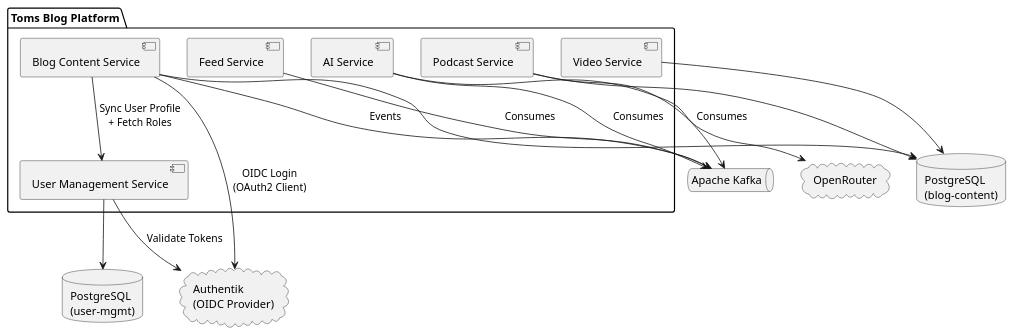
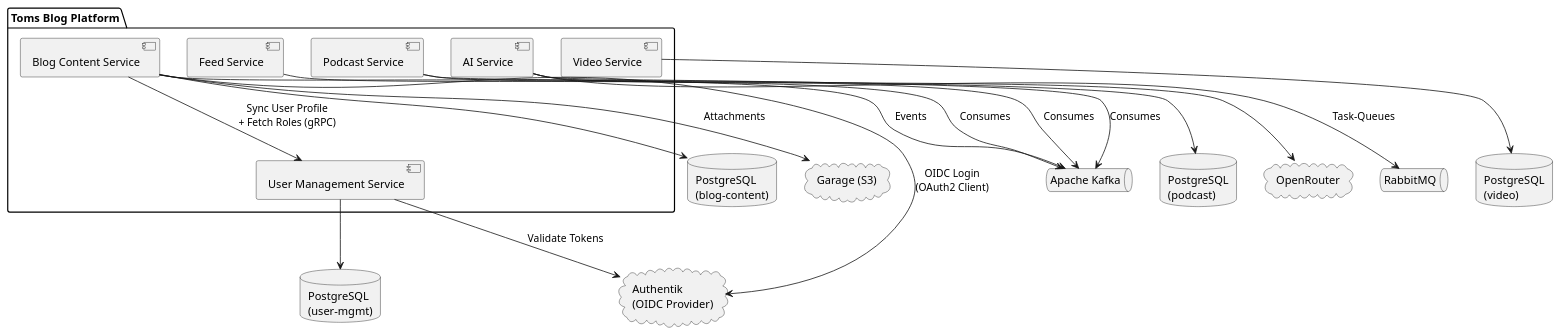
The diagram in docs/arc42/modules/ROOT/partials/plantuml/building-blocks-l1.puml (tomirgang/tomsblog), drawn with PlantUML before and after one commit. The commit also changed 10 other files, not shown here.

```diff
--- a/docs/arc42/modules/ROOT/partials/plantuml/building-blocks-l1.puml
+++ b/docs/arc42/modules/ROOT/partials/plantuml/building-blocks-l1.puml
@@ -1,29 +1,35 @@
 @startuml
 package "Toms Blog Platform" {
   [Blog Content Service] as blog
   [User Management Service] as usermgmt
   [Feed Service] as feed
   [AI Service] as ai
   [Podcast Service] as podcast
   [Video Service] as video
 }
 
 cloud "Authentik\n(OIDC Provider)" as authentik
 database "PostgreSQL\n(blog-content)" as db_blog
 database "PostgreSQL\n(user-mgmt)" as db_user
+database "PostgreSQL\n(podcast)" as db_podcast
+database "PostgreSQL\n(video)" as db_video
 queue "Apache Kafka" as kafka
+queue "RabbitMQ" as rabbitmq
 cloud "OpenRouter" as openrouter
+cloud "Garage (S3)" as s3
 
 blog --> db_blog
 blog --> authentik : OIDC Login\n(OAuth2 Client)
-blog --> usermgmt : Sync User Profile\n+ Fetch Roles
+blog --> usermgmt : Sync User Profile\n+ Fetch Roles (gRPC)
 usermgmt --> db_user
 usermgmt --> authentik : Validate Tokens
 blog --> kafka : Events
+blog --> s3 : Attachments
 feed --> kafka : Consumes
 ai --> kafka : Consumes
+ai --> rabbitmq : Task-Queues
 ai --> openrouter
 podcast --> kafka : Consumes
-podcast --> db_blog
-video --> db_blog
+podcast --> db_podcast
+video --> db_video
 @enduml
```
